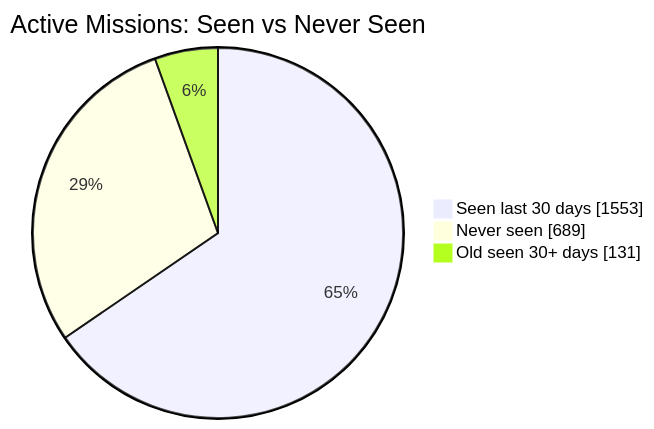
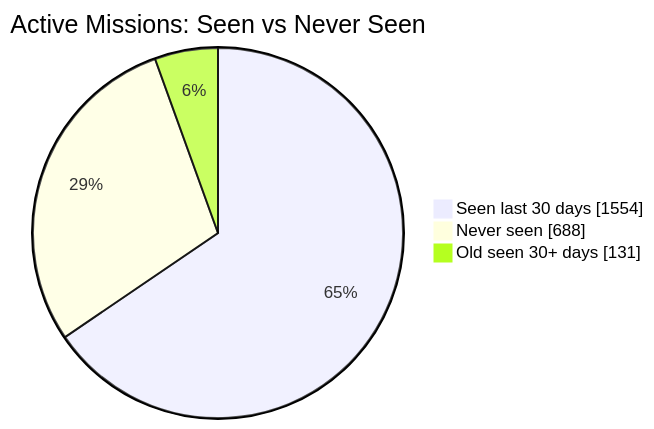
The first of 2 diagrams in README.md (MeldkamerspelGameTeam/active-missions), drawn with Mermaid before and after one commit. The commit also changed other lines of this file and 3 other files, not shown here.

````diff
--- a/README.md
+++ b/README.md
@@ -34,7 +34,7 @@
 ```mermaid
 pie showData
     title Active Missions: Seen vs Never Seen
-    "Seen last 30 days" : 1553
-    "Never seen" : 689
+    "Seen last 30 days" : 1554
+    "Never seen" : 688
     "Old seen 30+ days" : 131
 ```
````
